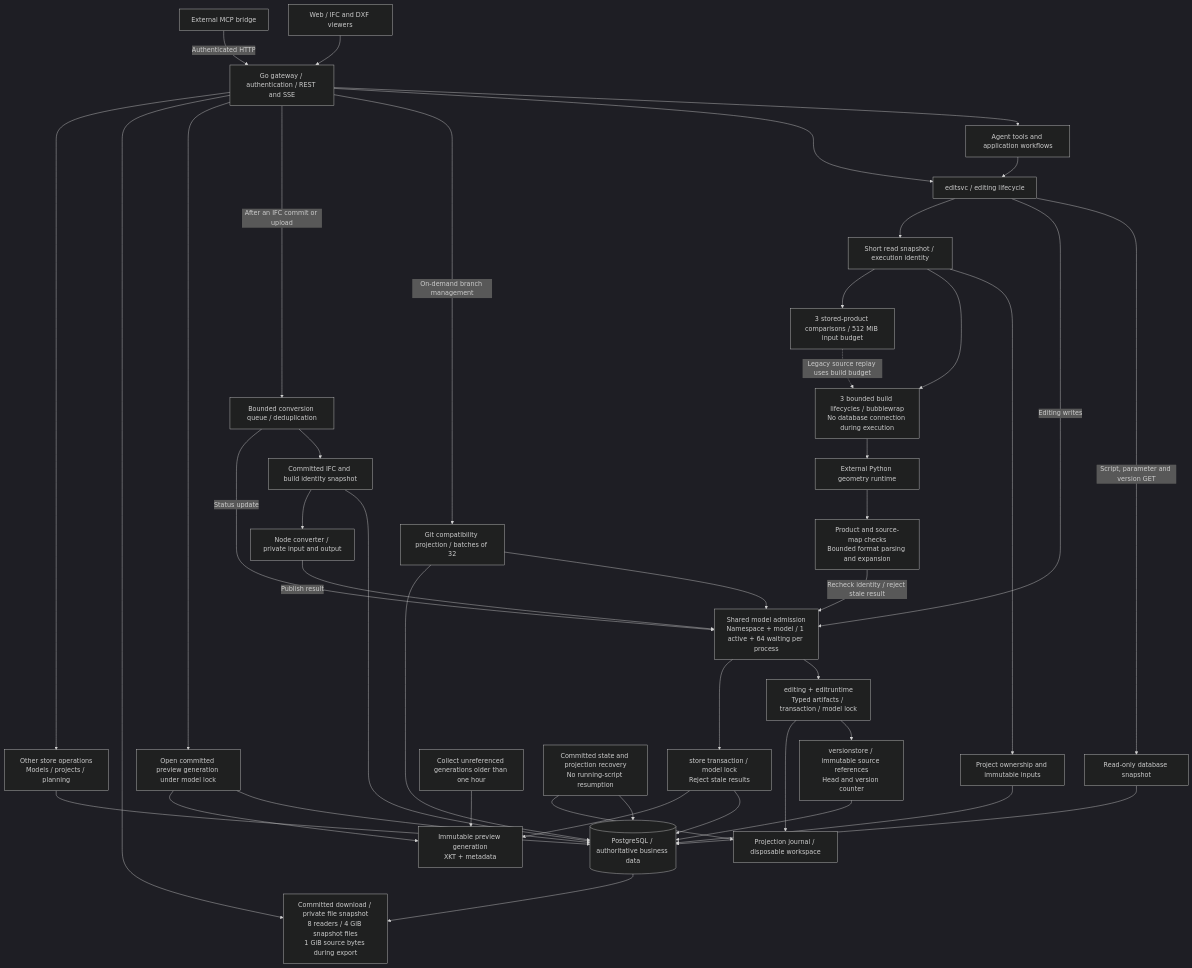
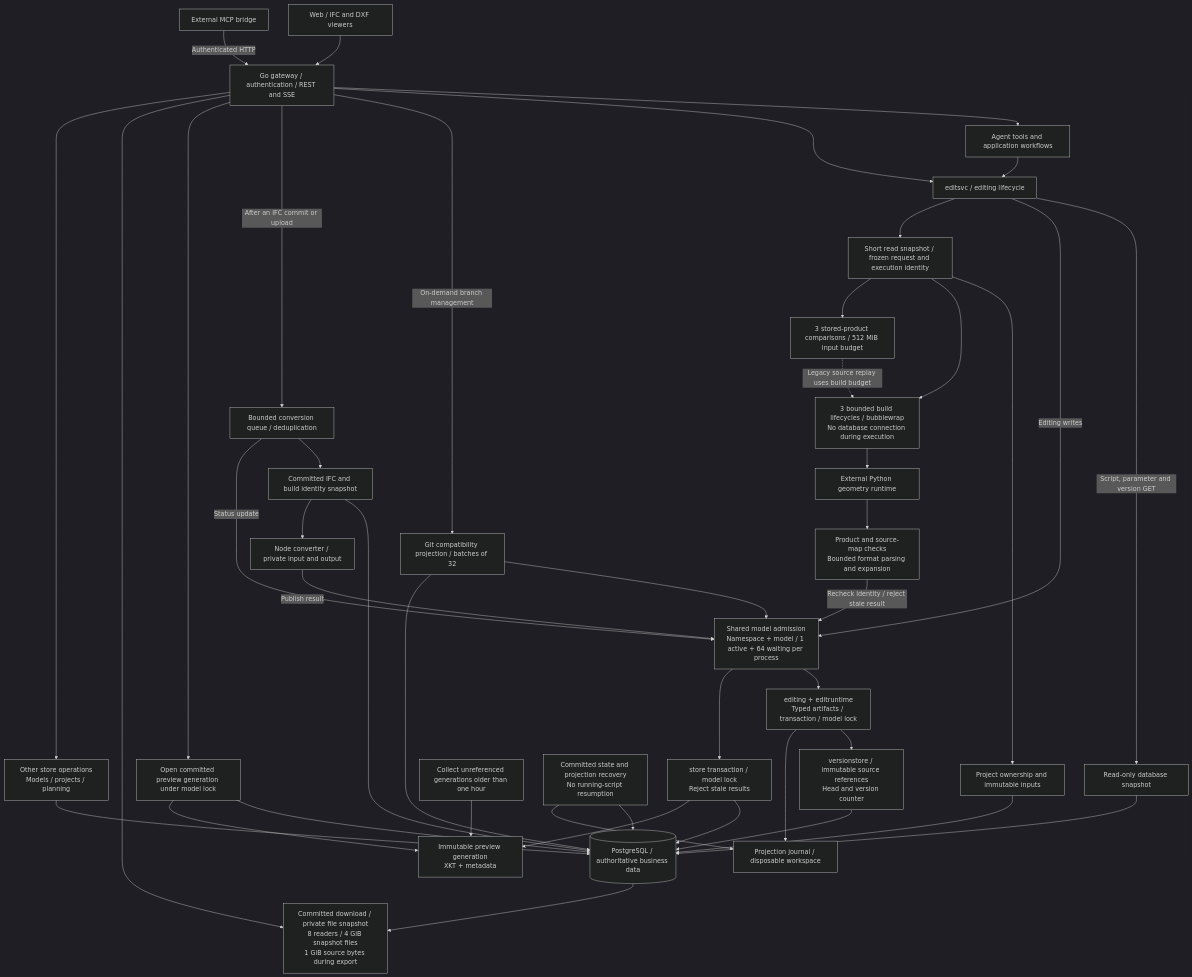
Before and after one commit to 0702hjj/SourceAEC: the first of 2 diagrams in README.md, drawn with Mermaid (dark theme). The commit also changed other lines of this file and 7 other files, not shown here.

````diff
--- a/README.md
+++ b/README.md
@@ -28,46 +28,46 @@
 ```mermaid
 flowchart TB
     WEB[Web / IFC and DXF viewers] --> API[Go gateway / authentication / REST and SSE]
     MCP[External MCP bridge] -->|Authenticated HTTP| API
     API --> AGENT[Agent tools and application workflows]
     API --> EDIT[editsvc / editing lifecycle]
     AGENT --> EDIT
     EDIT -->|Script, parameter and version GET| READ[Read-only database snapshot]
     READ --> PG[(PostgreSQL / authoritative business data)]
     EDIT -->|Editing writes| GATE[Shared model admission<br/>Namespace + model / 1 active + 64 waiting per process]
     GATE --> WRITE[editing + editruntime<br/>Typed artifacts / transaction / model lock]
     WRITE --> VERSION[versionstore / immutable source references<br/>Head and version counter]
     VERSION --> PG
     API -->|On-demand branch management| GIT[Git compatibility projection / batches of 32]
     GIT --> GATE
     GIT --> PG
-    EDIT --> PREP[Short read snapshot / execution identity]
+    EDIT --> PREP[Short read snapshot / frozen request and execution identity]
     PREP --> INPUT[Project ownership and immutable inputs]
     INPUT --> PG
     PREP --> SANDBOX[3 bounded build lifecycles / bubblewrap<br/>No database connection during execution]
     PREP --> COMPARE[3 stored-product comparisons / 512 MiB input budget]
     COMPARE -.->|Legacy source replay uses build budget| SANDBOX
     SANDBOX --> PY[External Python geometry runtime]
     PY --> INSPECT[Product and source-map checks<br/>Bounded format parsing and expansion]
     INSPECT -->|Recheck identity / reject stale result| GATE
     WRITE --> JOURNAL[Projection journal / disposable workspace]
     API -->|After an IFC commit or upload| QUEUE[Bounded conversion queue / deduplication]
     QUEUE --> SOURCE[Committed IFC and build identity snapshot]
     SOURCE --> PG
     SOURCE --> NODE[Node converter / private input and output]
     NODE -->|Publish result| GATE
     QUEUE -->|Status update| GATE
     GATE --> DERIVED[store transaction / model lock<br/>Reject stale results]
     DERIVED --> PG
     DERIVED --> CACHE[Immutable preview generation<br/>XKT + metadata]
     API --> VIEW[Open committed preview generation under model lock]
     VIEW --> PG
     VIEW --> CACHE
     API --> DOWNLOAD[Committed download / private file snapshot<br/>8 readers / 4 GiB snapshot files<br/>1 GiB source bytes during export]
     PG --> DOWNLOAD
     GC[Collect unreferenced generations older than one hour] --> CACHE
     RECOVER[Committed state and projection recovery<br/>No running-script resumption] --> PG
     RECOVER --> JOURNAL
     API --> OTHER[Other store operations<br/>Models / projects / planning]
     OTHER --> PG
 ```
````
